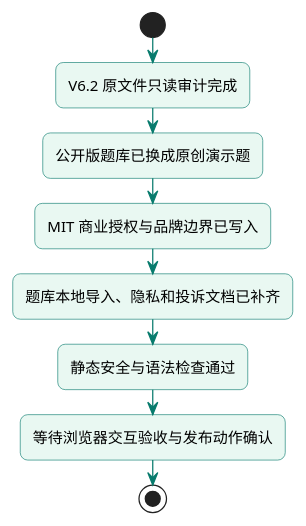
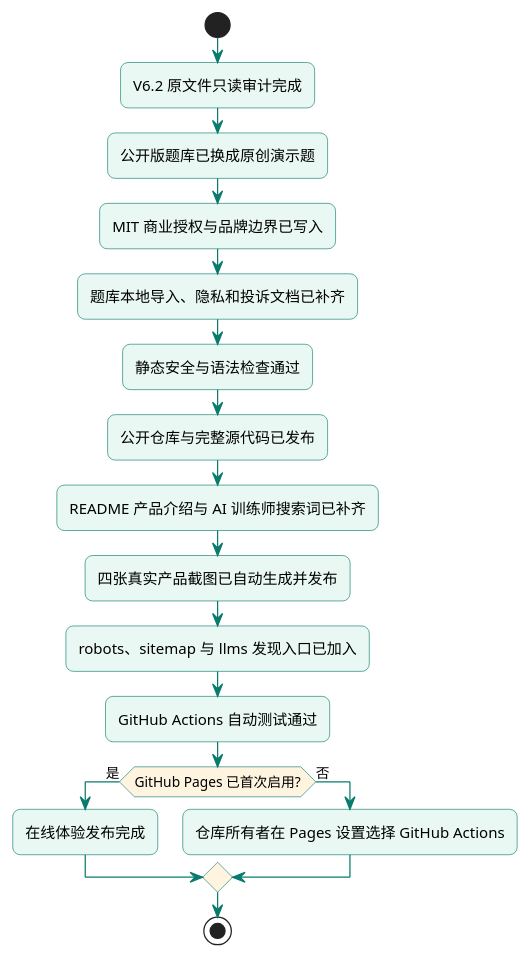
One commit to jin-shanghai/zhiti-learning changed the diagram in PROJECT_STATUS.puml. Above: the diagram before and after it, drawn with PlantUML.

Commit message:
docs: update publication progress diagram

```diff
--- a/PROJECT_STATUS.puml
+++ b/PROJECT_STATUS.puml
@@ -1,17 +1,26 @@
 @startuml
 skinparam shadowing false
 skinparam roundcorner 12
 skinparam defaultFontName Arial
 skinparam ArrowColor #087b6d
 skinparam ActivityBorderColor #087b6d
 skinparam ActivityBackgroundColor #e9f8f2
 skinparam ActivityDiamondBackgroundColor #fff4df
 start
 :V6.2 原文件只读审计完成;
 :公开版题库已换成原创演示题;
 :MIT 商业授权与品牌边界已写入;
 :题库本地导入、隐私和投诉文档已补齐;
 :静态安全与语法检查通过;
-:等待浏览器交互验收与发布动作确认;
+:公开仓库与完整源代码已发布;
+:README 产品介绍与 AI 训练师搜索词已补齐;
+:四张真实产品截图已自动生成并发布;
+:robots、sitemap 与 llms 发现入口已加入;
+:GitHub Actions 自动测试通过;
+if (GitHub Pages 已首次启用?) then (是)
+  :在线体验发布完成;
+else (否)
+  :仓库所有者在 Pages 设置选择 GitHub Actions;
+endif
 stop
 @enduml
```
